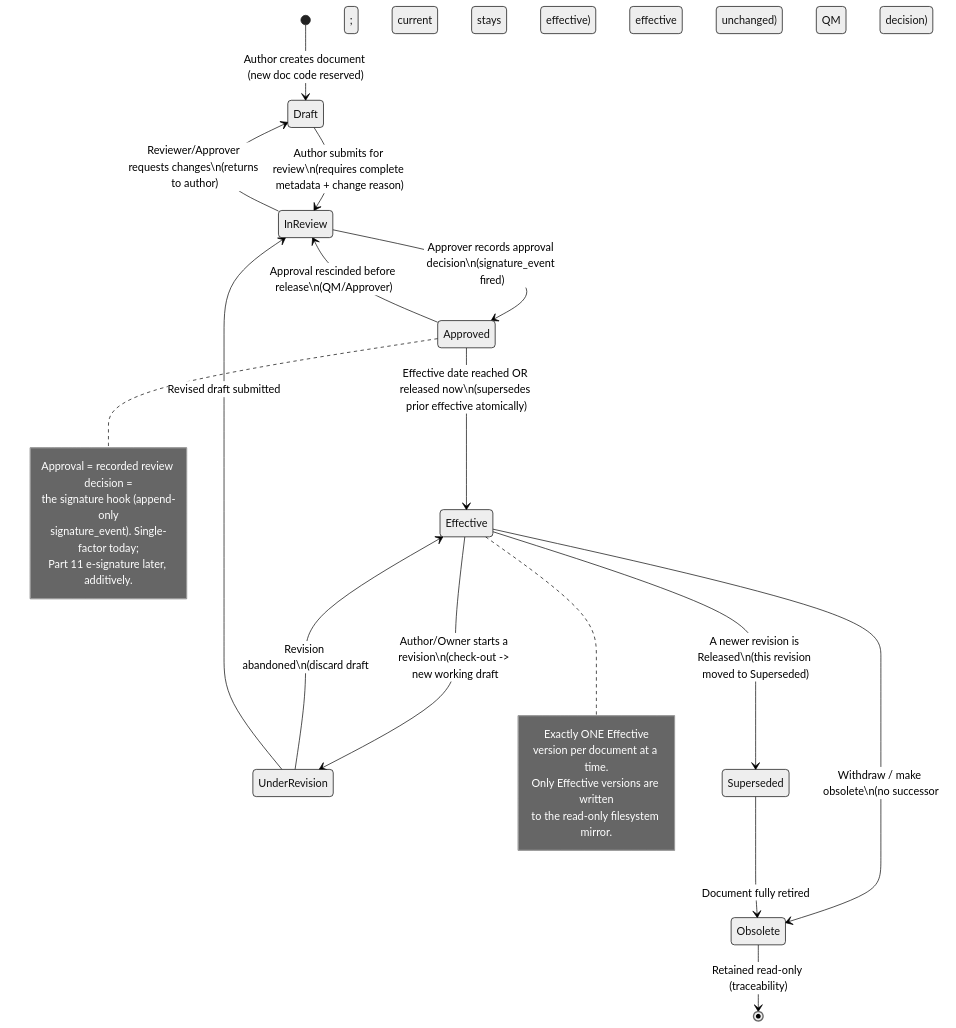
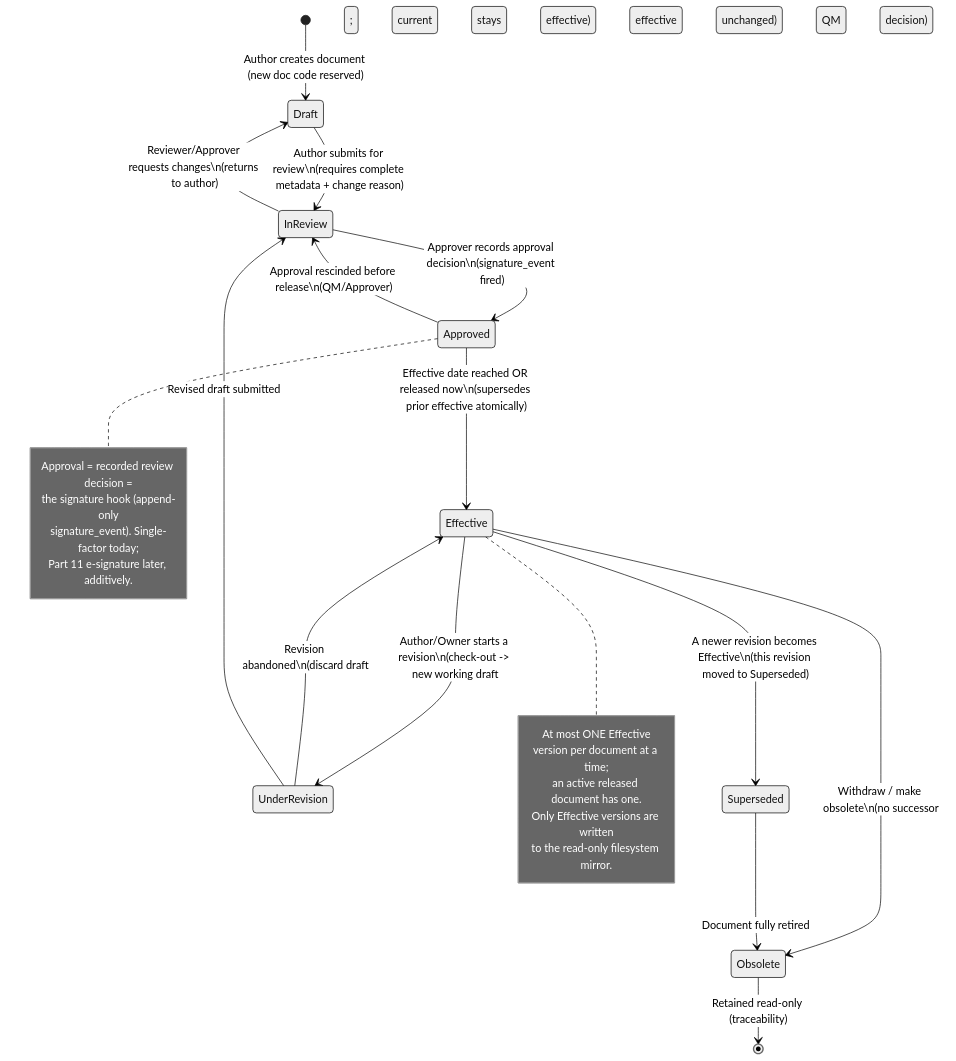
The second of 5 diagrams in docs/04-document-control-and-vault.md (CoJoA13/EasySynQ), drawn with Mermaid (neutral theme) before and after one commit. The commit also changed other lines of this file and 43 other files, not shown here.

````diff
--- a/docs/04-document-control-and-vault.md
+++ b/docs/04-document-control-and-vault.md
@@ -120,34 +126,35 @@
 ```mermaid
 stateDiagram-v2
     [*] --> Draft: Author creates document (new doc code reserved)
 
     Draft --> InReview: Author submits for review\n(requires complete metadata + change reason)
     InReview --> Draft: Reviewer/Approver requests changes\n(returns to author)
     InReview --> Approved: Approver records approval decision\n(signature_event fired)
 
     Approved --> InReview: Approval rescinded before release\n(QM/Approver)
     Approved --> Effective: Effective date reached OR released now\n(supersedes prior effective atomically)
 
     Effective --> UnderRevision: Author/Owner starts a revision\n(check-out -> new working draft; current stays effective)
     UnderRevision --> Effective: Revision abandoned\n(discard draft; effective unchanged)
     UnderRevision --> InReview: Revised draft submitted
 
-    Effective --> Superseded: A newer revision is Released\n(this revision moved to Superseded)
+    Effective --> Superseded: A newer revision becomes Effective\n(this revision moved to Superseded)
     Effective --> Obsolete: Withdraw / make obsolete\n(no successor; QM decision)
     Superseded --> Obsolete: Document fully retired
 
     Obsolete --> [*]: Retained read-only (traceability)
 
     note right of Effective
-        Exactly ONE Effective
-        version per document at a time.
+        At most ONE Effective
+        version per document at a time;
+        an active released document has one.
         Only Effective versions are written
         to the read-only filesystem mirror.
     end note
     note right of Approved
         Approval = recorded review decision =
         the signature hook (append-only
         signature_event). Single-factor today;
         Part 11 e-signature later, additively.
     end note
 ```
````
